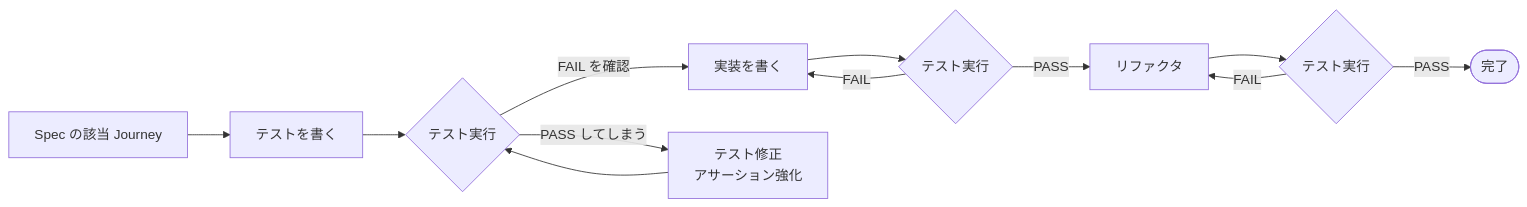
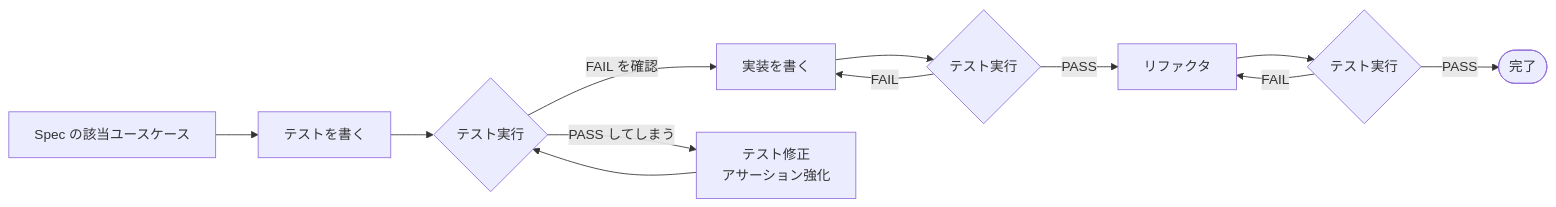
The fourth of 5 diagrams in packages/core/docs/stdd-methodology.md (careerchain-ys/stdd), drawn with Mermaid before and after one commit. The commit also changed other lines of this file and 44 other files, not shown here.

````diff
--- a/packages/core/docs/stdd-methodology.md
+++ b/packages/core/docs/stdd-methodology.md
@@ -229,14 +229,14 @@
 ```mermaid
 flowchart LR
-    Spec[Spec の該当 Journey] --> Write[テストを書く]
+    Spec[Spec の該当ユースケース] --> Write[テストを書く]
     Write --> Run1{テスト実行}
     Run1 -- FAIL を確認 --> Impl[実装を書く]
     Run1 -- PASS してしまう --> Fix[テスト修正<br/>アサーション強化]
     Fix --> Run1
     Impl --> Run2{テスト実行}
     Run2 -- FAIL --> Impl
     Run2 -- PASS --> Refactor[リファクタ]
     Refactor --> Run3{テスト実行}
     Run3 -- FAIL --> Refactor
     Run3 -- PASS --> Done([完了])
 ```
````
